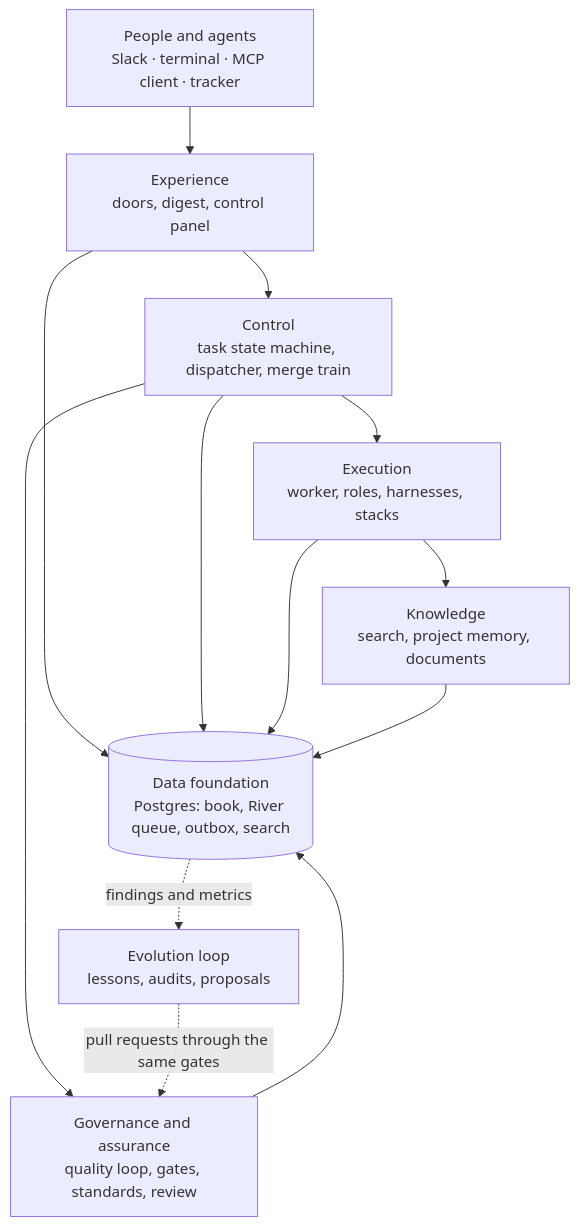
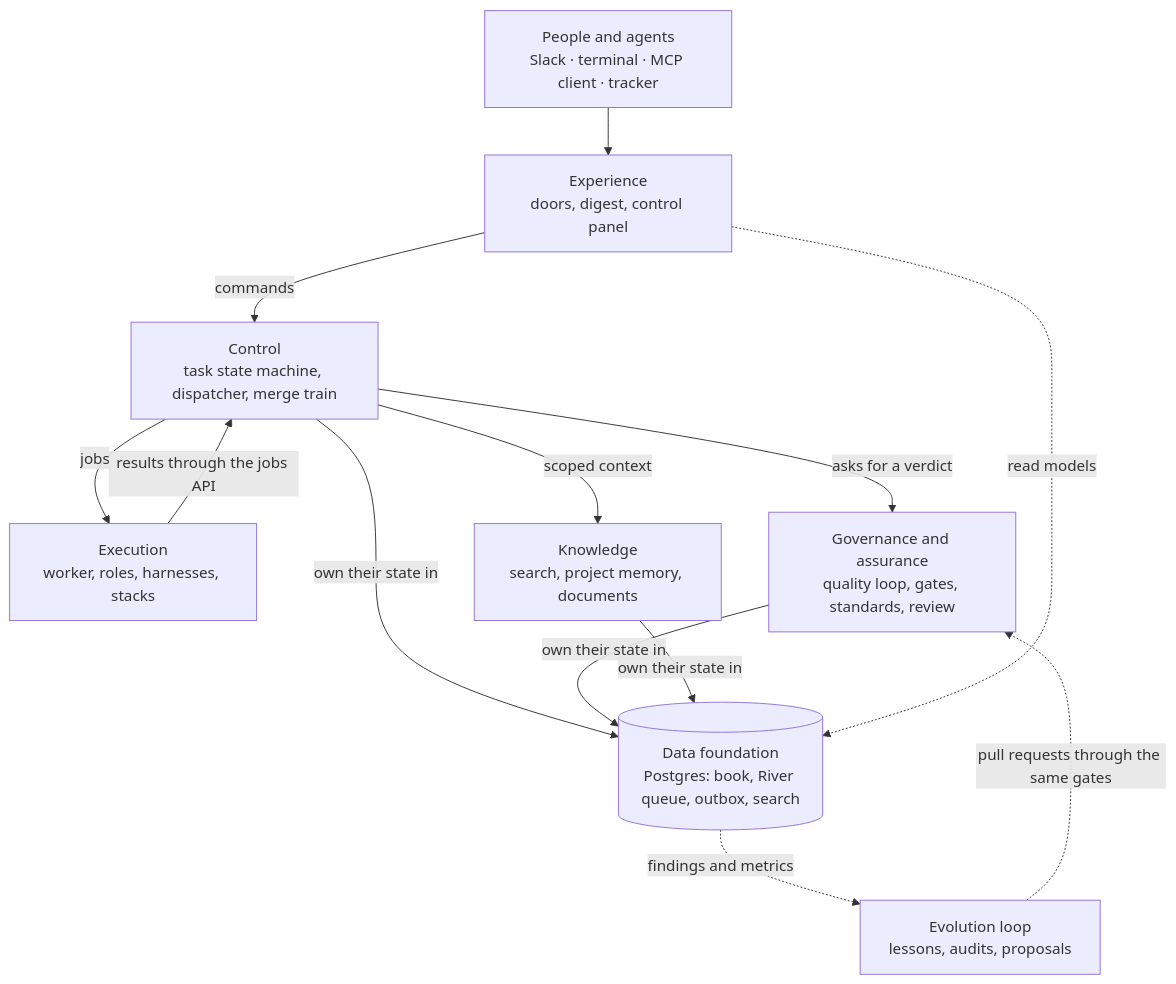
One commit to IlyaChakun/nightshift changed the diagram in docs/design.md. Above: the diagram before and after it, drawn with Mermaid. The commit also changed other lines of this file and 6 other files, not shown here.

````diff
--- a/docs/design.md
+++ b/docs/design.md
@@ -16,18 +19,21 @@
 ```mermaid
 flowchart TB
   people["People and agents<br/>Slack · terminal · MCP client · tracker"]
   exp["Experience<br/>doors, digest, control panel"]
   ctl["Control<br/>task state machine, dispatcher, merge train"]
   exe["Execution<br/>worker, roles, harnesses, stacks"]
   kno["Knowledge<br/>search, project memory, documents"]
   asr["Governance and assurance<br/>quality loop, gates, standards, review"]
   data[("Data foundation<br/>Postgres: book, River queue, outbox, search")]
   evo["Evolution loop<br/>lessons, audits, proposals"]
-  people --> exp --> ctl
-  ctl --> exe
-  ctl --> asr
-  exe --> kno
-  exp & ctl & exe & kno & asr --> data
+  people --> exp
+  exp -- commands --> ctl
+  ctl -- jobs --> exe
+  exe -- results through the jobs API --> ctl
+  ctl -- asks for a verdict --> asr
+  ctl -- scoped context --> kno
+  ctl & asr & kno -- own their state in --> data
+  exp -. read models .-> data
   data -. findings and metrics .-> evo
   evo -. pull requests through the same gates .-> asr
 ```
````
